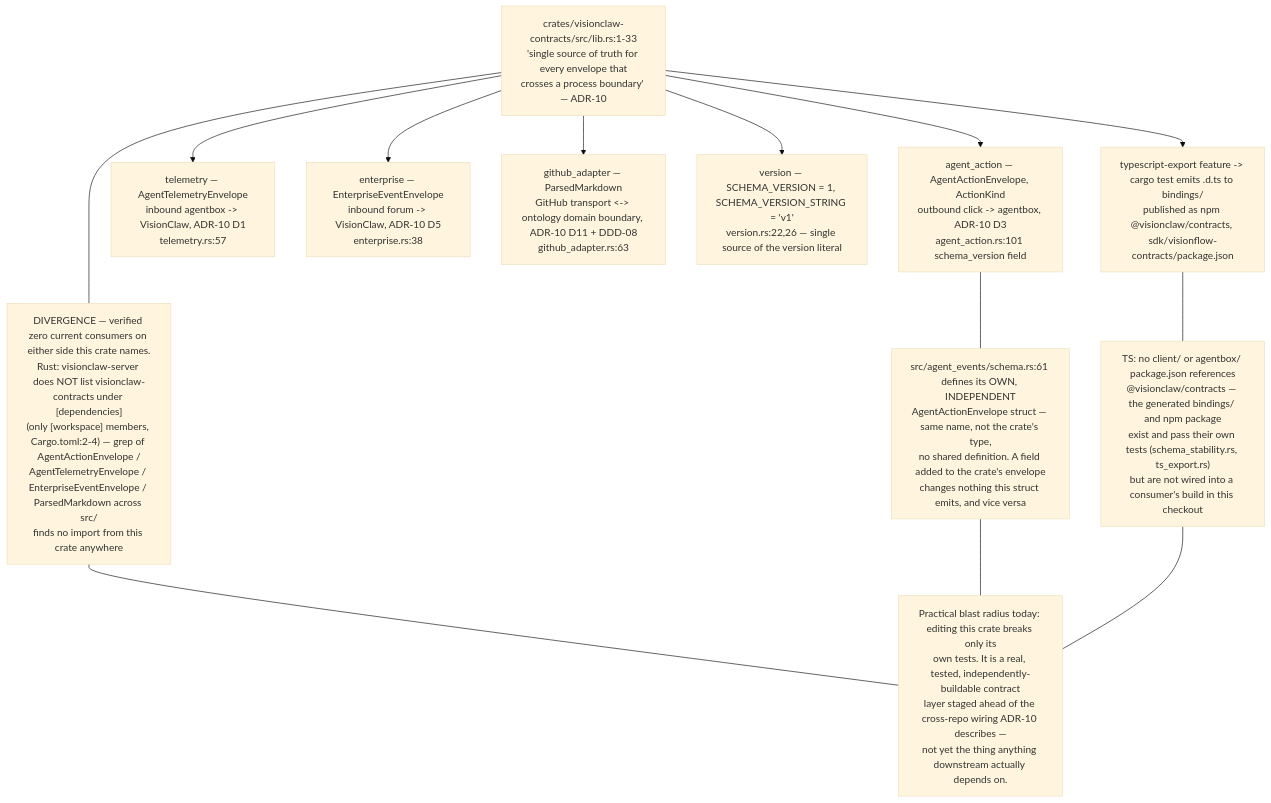
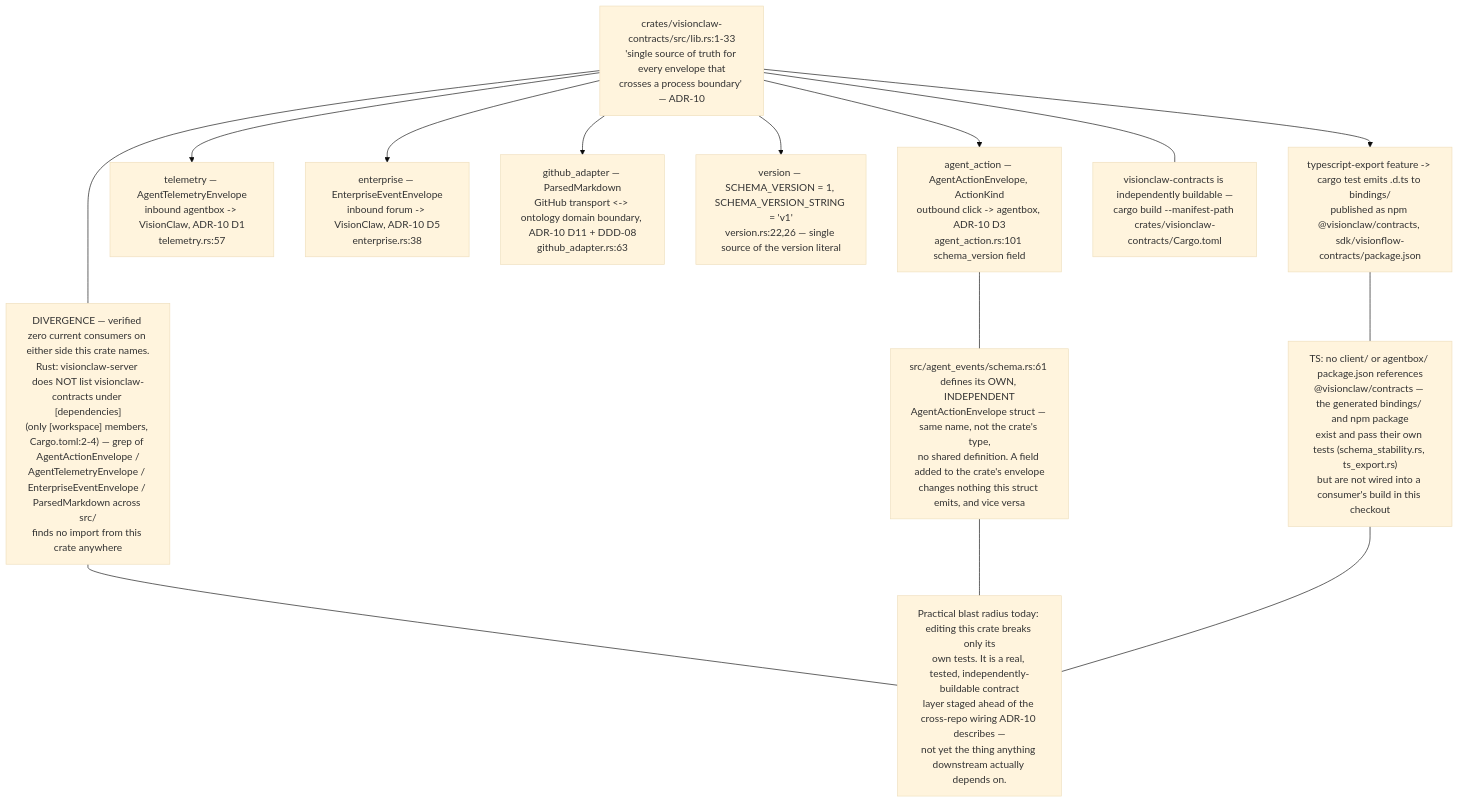
Before and after one commit to DreamLab-AI/VisionFlow: the eighth of 9 diagrams in docs/diagrams/visionclaw/07-hexagonal-ports-and-crates.md, drawn with Mermaid (base theme). The commit also changed other lines of this file and 136 other files, not shown here.

First line of the commit message:
docs(diagrams): refresh the whole corpus to code HEAD and prune low-value diagrams

````diff
--- a/docs/diagrams/visionclaw/07-hexagonal-ports-and-crates.md
+++ b/docs/diagrams/visionclaw/07-hexagonal-ports-and-crates.md
@@ -433,21 +336,23 @@
 ```mermaid
 flowchart TB
     LIB["crates/visionclaw-contracts/src/lib.rs:1-33<br/>'single source of truth for every envelope that<br/>crosses a process boundary' — ADR-10"]
     LIB --> M1["agent_action — AgentActionEnvelope, ActionKind<br/>outbound click -> agentbox, ADR-10 D3<br/>agent_action.rs:101 schema_version field"]
     LIB --> M2["telemetry — AgentTelemetryEnvelope<br/>inbound agentbox -> VisionClaw, ADR-10 D1<br/>telemetry.rs:57"]
     LIB --> M3["enterprise — EnterpriseEventEnvelope<br/>inbound forum -> VisionClaw, ADR-10 D5<br/>enterprise.rs:38"]
     LIB --> M4["github_adapter — ParsedMarkdown<br/>GitHub transport <-> ontology domain boundary, ADR-10 D11 + DDD-08<br/>github_adapter.rs:63"]
     LIB --> VER["version — SCHEMA_VERSION = 1, SCHEMA_VERSION_STRING = 'v1'<br/>version.rs:22,26 — single source of the version literal"]
     LIB --> TS["typescript-export feature -> cargo test emits .d.ts to bindings/<br/>published as npm @visionclaw/contracts, sdk/visionflow-contracts/package.json"]
 
     N1["DIVERGENCE — verified zero current consumers on either side this crate names.<br/>Rust: visionclaw-server does NOT list visionclaw-contracts under [dependencies]<br/>(only [workspace] members, Cargo.toml:2-4) — grep of AgentActionEnvelope /<br/>AgentTelemetryEnvelope / EnterpriseEventEnvelope / ParsedMarkdown across src/<br/>finds no import from this crate anywhere"]
     LIB --- N1
     N2["src/agent_events/schema.rs:61 defines its OWN, INDEPENDENT<br/>AgentActionEnvelope struct — same name, not the crate's type,<br/>no shared definition. A field added to the crate's envelope<br/>changes nothing this struct emits, and vice versa"]
     M1 --- N2
     N3["TS: no client/ or agentbox/ package.json references<br/>@visionclaw/contracts — the generated bindings/ and npm package<br/>exist and pass their own tests (schema_stability.rs, ts_export.rs)<br/>but are not wired into a consumer's build in this checkout"]
     TS --- N3
     N4["Practical blast radius today: editing this crate breaks only its<br/>own tests. It is a real, tested, independently-buildable contract<br/>layer staged ahead of the cross-repo wiring ADR-10 describes —<br/>not yet the thing anything downstream actually depends on."]
     N1 --- N4
     N2 --- N4
     N3 --- N4
+    IND["visionclaw-contracts is independently buildable —<br/>cargo build --manifest-path crates/visionclaw-contracts/Cargo.toml"]
+    LIB --- IND
 ```
````
